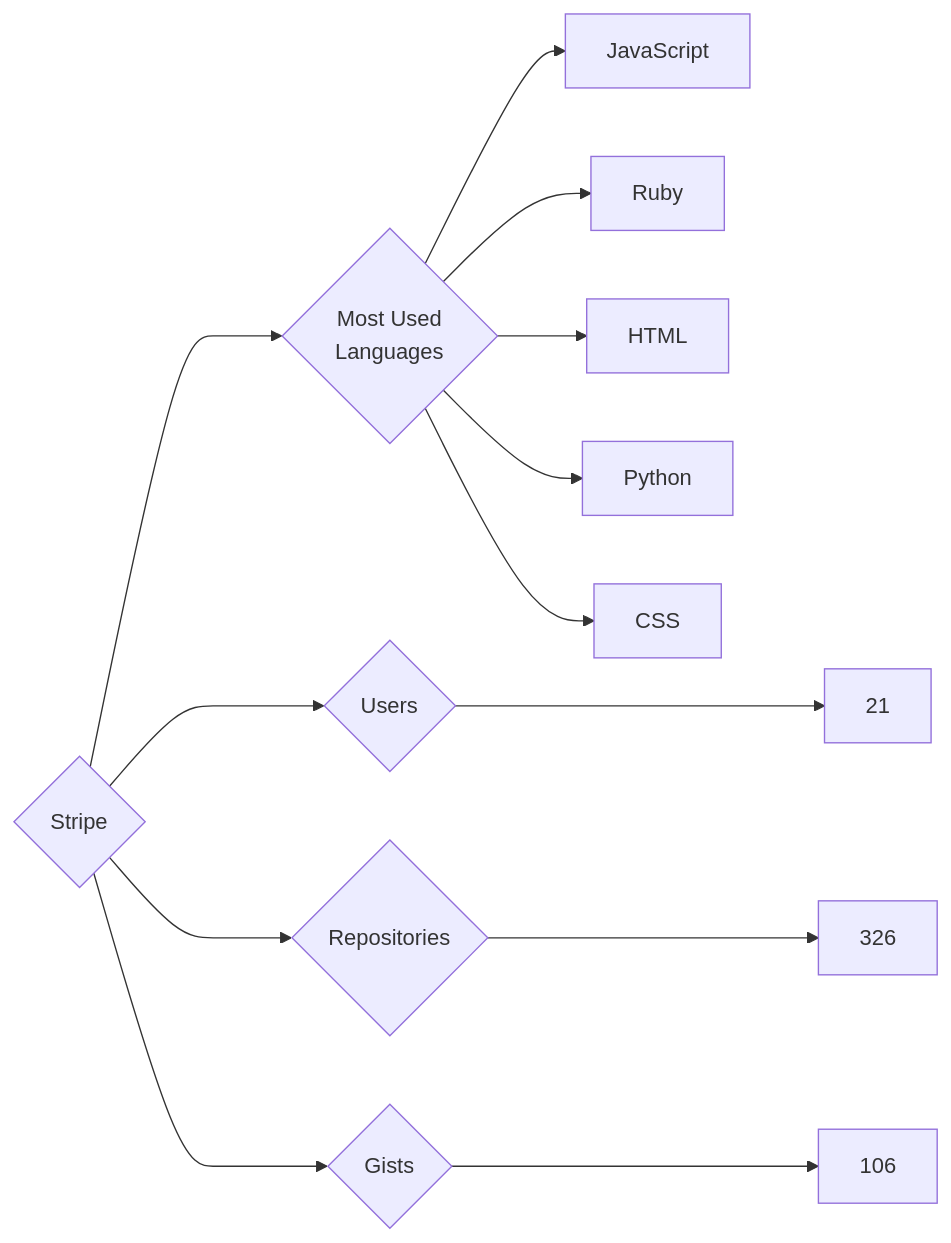
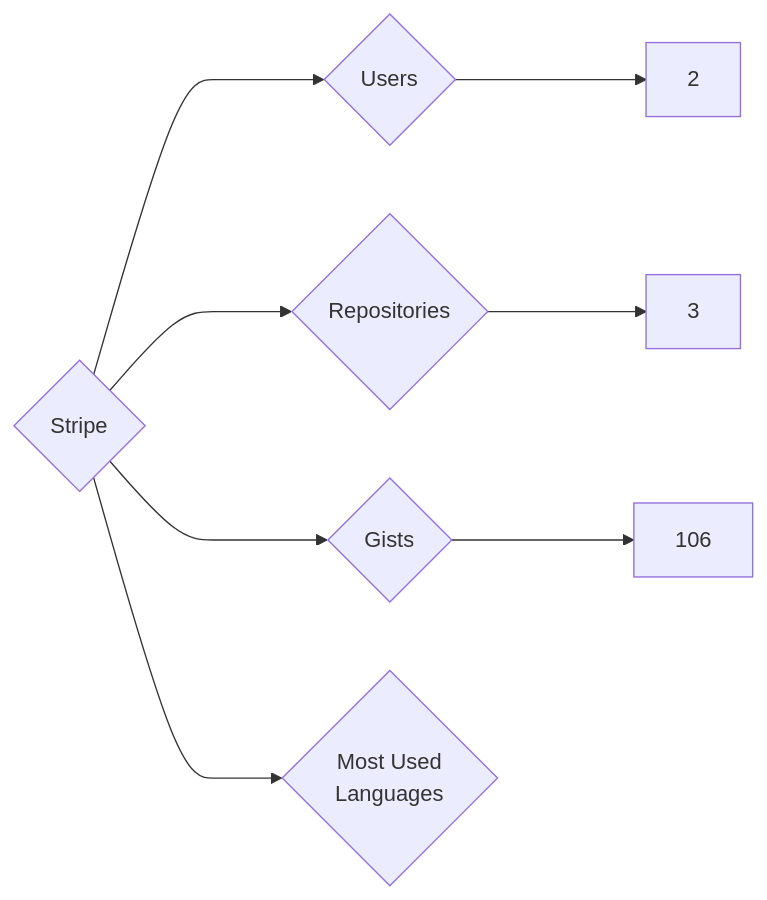
One commit to trickest/insiders changed the diagram in targets/Stripe/README.md. Above: the diagram before and after it, drawn with Mermaid. The commit also changed 871 other files, not shown here.

````diff
--- a/targets/Stripe/README.md
+++ b/targets/Stripe/README.md
@@ -3,13 +3,8 @@
 ```mermaid
 graph LR
 COMPANY_NAME{Stripe}
-COMPANY_NAME ---> U{Users} ---> UN[21]
-COMPANY_NAME ---> R{Repositories} ---> RN[326]
+COMPANY_NAME ---> U{Users} ---> UN[2]
+COMPANY_NAME ---> R{Repositories} ---> RN[3]
 COMPANY_NAME ---> G{Gists} ---> GN[106]
 COMPANY_NAME ---> ML{Most Used<br>Languages}
-ML --> JavaScript[JavaScript]
-ML --> Ruby[Ruby]
-ML --> HTML[HTML]
-ML --> Python[Python]
-ML --> CSS[CSS]
 ```
````
